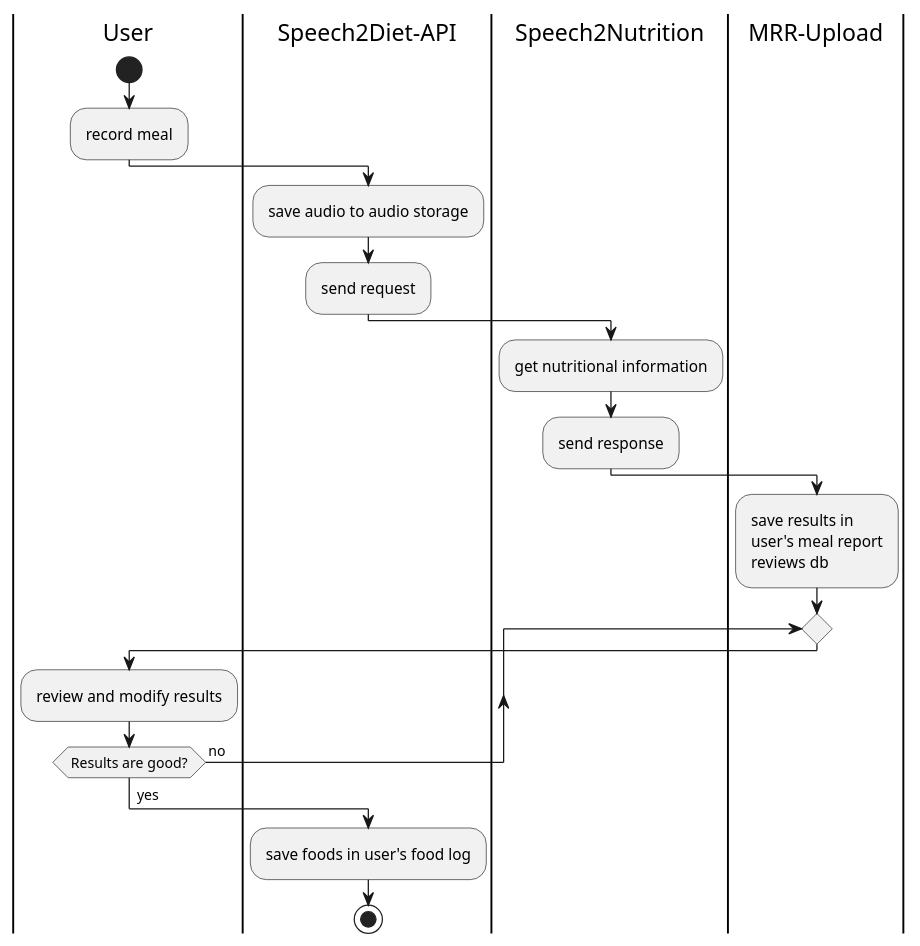
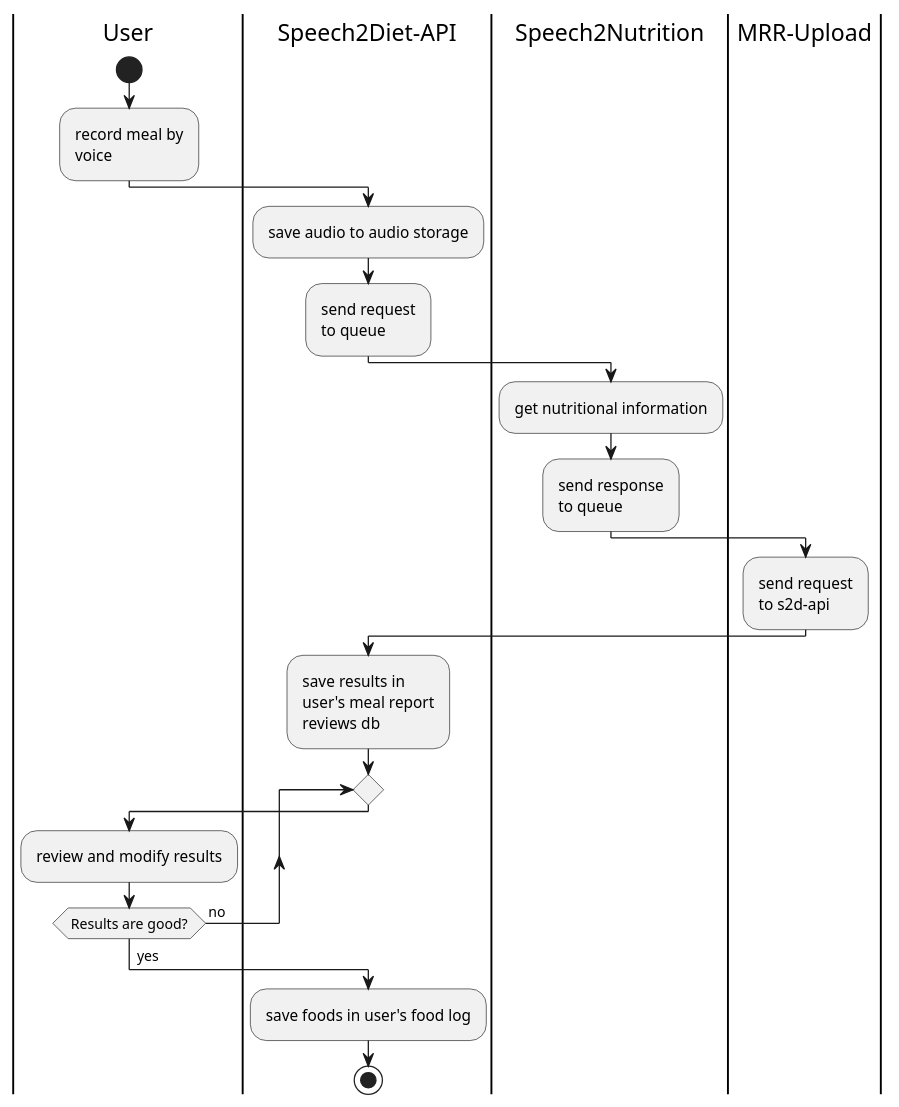
Before and after one commit to dgop92/speech2diet: the diagram in architecture-diagrams/process/foodlog.puml, drawn with PlantUML. The commit also changed 2 other files, not shown here.

Commit message:
docs(architecture-diagrams): update diagrams

```diff
--- a/architecture-diagrams/process/foodlog.puml
+++ b/architecture-diagrams/process/foodlog.puml
@@ -1,28 +1,31 @@
 @startuml foodlog-activity-diagram
 skinparam padding 2
 
 |User|
 start
-:record meal;
+:record meal by\nvoice;
 
 |Speech2Diet-API|
 :save audio to audio storage;
-:send request;
+:send request\nto queue;
 
 |Speech2Nutrition|
 :get nutritional information;
-:send response;
+:send response\nto queue;
 
 |MRR-Upload|
+:send request\nto s2d-api;
+
+|Speech2Diet-API|
 :save results in\nuser's meal report\nreviews db;
 
 repeat
   |User|
   :review and modify results;
 repeat while (Results are good?) is (no)
 ->yes;
 |Speech2Diet-API|
 :save foods in user's food log;
 stop
 
 @enduml
```
